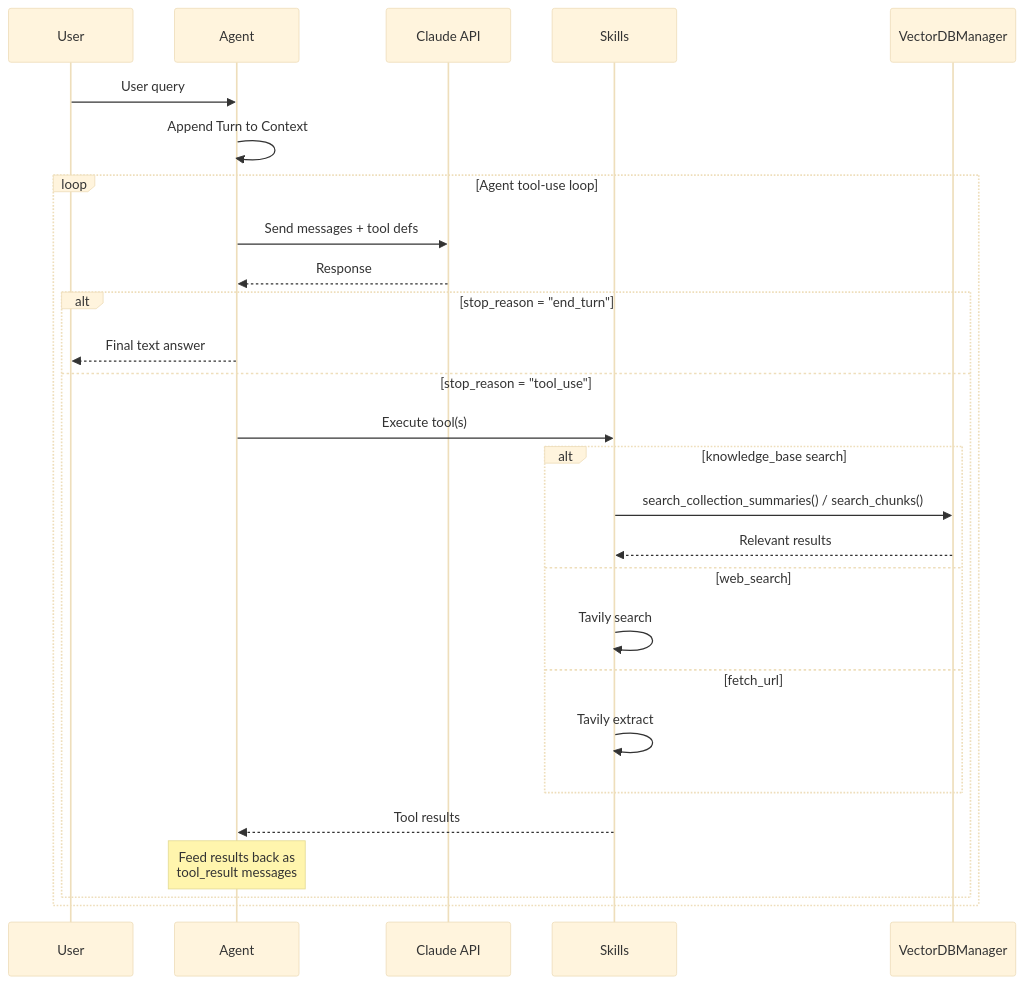
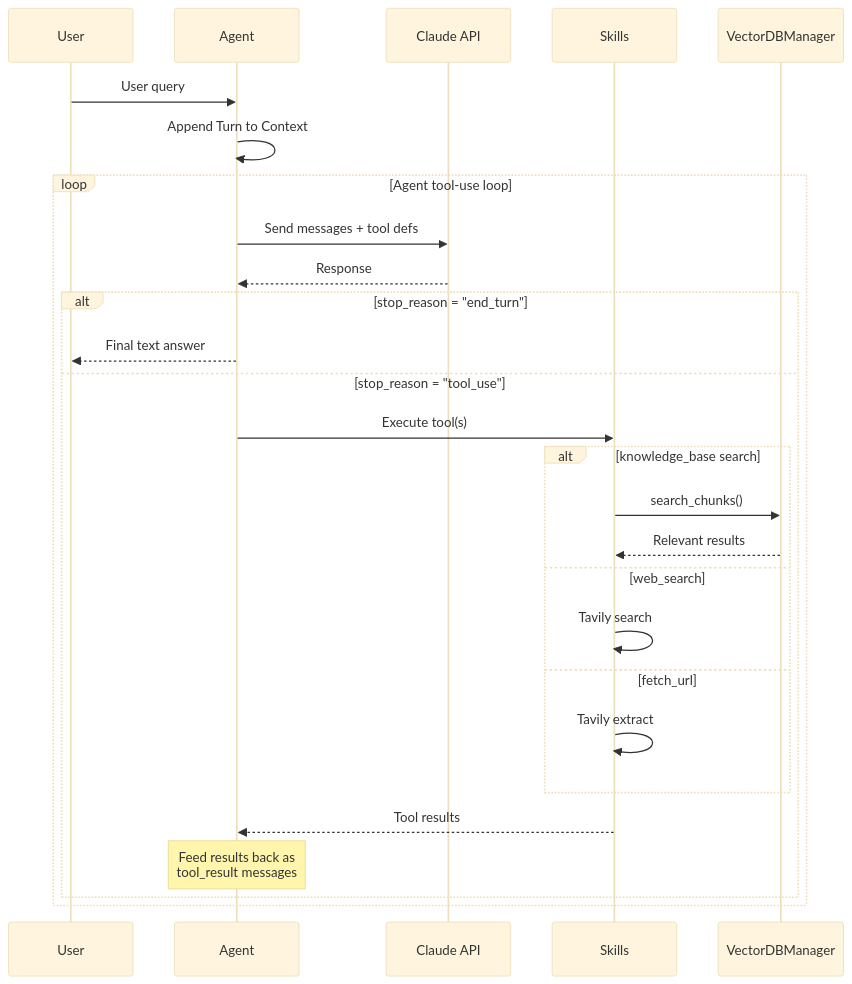
The third of 3 diagrams in README.md (JosiahKeime/AIAssistant), drawn with Mermaid (base theme) before and after one commit. The commit also changed other lines of this file and 13 other files, not shown here.

````diff
--- a/README.md
+++ b/README.md
@@ -123,34 +118,34 @@
 ```mermaid
 sequenceDiagram
     participant U as User
     participant A as Agent
     participant C as Claude API
     participant S as Skills
     participant DB as VectorDBManager
 
     U->>A: User query
     A->>A: Append Turn to Context
     
     loop Agent tool-use loop
         A->>C: Send messages + tool defs
         C-->>A: Response
 
         alt stop_reason = "end_turn"
             A-->>U: Final text answer
         else stop_reason = "tool_use"
             A->>S: Execute tool(s)
             
             alt knowledge_base search
-                S->>DB: search_collection_summaries() / search_chunks()
+                S->>DB: search_chunks()
                 DB-->>S: Relevant results
             else web_search
                 S->>S: Tavily search
             else fetch_url
                 S->>S: Tavily extract
             end
             
             S-->>A: Tool results
             Note over A: Feed results back as<br/>tool_result messages
         end
     end
 ```
````
